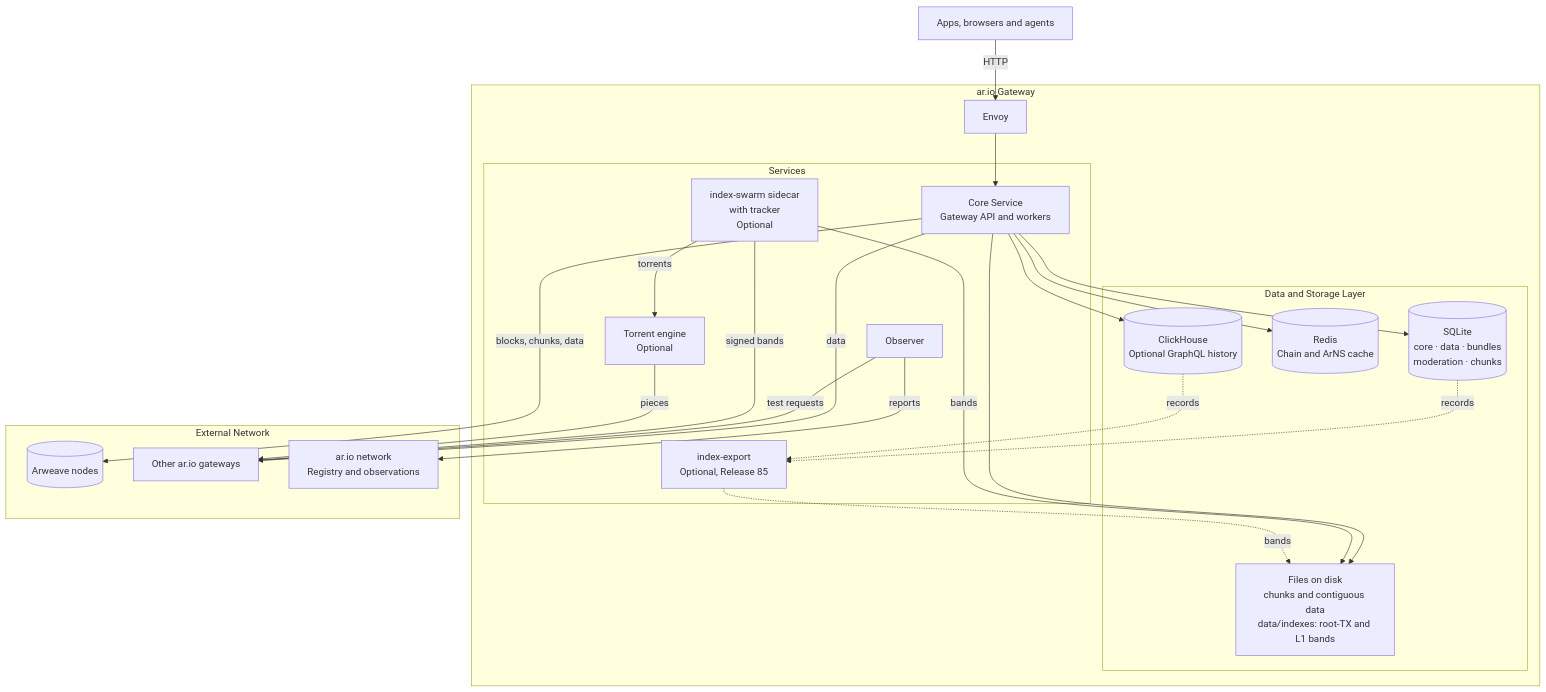
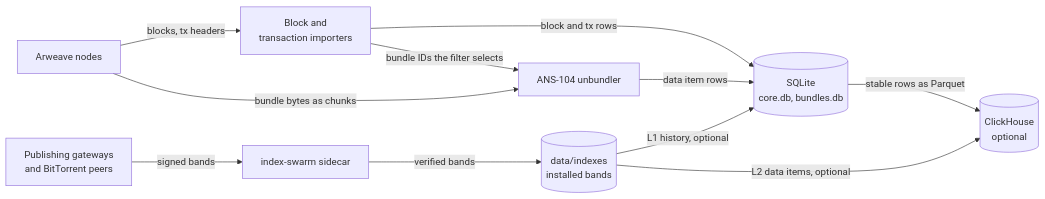
The second of 2 diagrams in content/learn/gateways/architecture.mdx (ar-io/docs), drawn with Mermaid before and after one commit. The commit also changed other lines of this file and 25 other files, not shown here.

````diff
--- a/content/learn/gateways/architecture.mdx
+++ b/content/learn/gateways/architecture.mdx
@@ -10,58 +44,30 @@
 ```mermaid
-graph TB
-    CLIENTS[Apps, browsers and agents]
+graph LR
+    accTitle: A gateway indexes the chain itself and can also install signed index bands from other gateways
+    accDescr: Importers read blocks and transaction headers from Arweave nodes into SQLite. Bundles that the unbundling filter selects are fetched as chunks and unbundled into data item rows. Stable rows can be exported as Parquet into an optional ClickHouse. Separately, the index-swarm sidecar installs signed bands from other gateways. When the operator turns it on, the gateway fills its L1 history in SQLite from them and, from Release 88, adds L2 data items to ClickHouse or SQLite.
+    AN[Arweave nodes]
+    IMP[Block and<br/>transaction importers]
+    UB[ANS-104 unbundler]
+    SQL[(SQLite<br/>core.db, bundles.db)]
+    CH[(ClickHouse<br/>optional)]
+    PUB[Publishing gateways<br/>and BitTorrent peers]
+    SIDE[index-swarm sidecar]
+    BANDS[(data/indexes<br/>installed bands)]
 
-    subgraph Gateway ["ar.io Gateway"]
-        ENVOY[Envoy]
+    AN -->|blocks, tx headers| IMP
+    IMP -->|block and tx rows| SQL
+    IMP -->|bundle IDs the filter selects| UB
+    AN -->|bundle bytes as chunks| UB
+    UB -->|data item rows| SQL
+    SQL -->|stable rows as Parquet| CH
+    PUB -->|signed bands| SIDE
+    SIDE -->|verified bands| BANDS
+    BANDS -->|L1 history, optional| SQL
+    BANDS -->|L2 data items, optional| CH
 
-        subgraph Services ["Services"]
-            API[Core Service<br/>Gateway API and workers]
-            OBS[Observer]
-            SIDE[index-swarm sidecar<br/>with tracker<br/>Optional]
-            ENG[Torrent engine<br/>Optional]
-            EXP[index-export<br/>Optional, Release 85]
-        end
-
-        subgraph Local ["Data and Storage Layer"]
-            SQL[(SQLite<br/>core · data · bundles<br/>moderation · chunks)]
-            REDIS[(Redis<br/>Chain and ArNS cache)]
-            CH[(ClickHouse<br/>Optional GraphQL history)]
-            FS[Files on disk<br/>chunks and contiguous data<br/>data/indexes: root-TX and L1 bands]
-        end
-    end
-
-    subgraph External ["External Network"]
-        ARWEAVE[(Arweave nodes)]
-        PEERS[Other ar.io gateways]
-        NETWORK[ar.io network<br/>Registry and observations]
-    end
-
-    CLIENTS -->|HTTP| ENVOY
-    ENVOY --> API
-
-    API --> SQL
-    API --> REDIS
-    API --> CH
-    API --> FS
-    SIDE -->|bands| FS
-    SIDE -->|torrents| ENG
-    SQL -.->|records| EXP
-    CH -.->|records| EXP
-    EXP -.->|bands| FS
-
-    API -->|blocks, chunks, data| ARWEAVE
-    API -->|data| PEERS
-    OBS -->|test requests| PEERS
-    OBS -->|reports| NETWORK
-    SIDE -->|signed bands| PEERS
-    ENG -->|pieces| PEERS
-
-
-    class SQL,REDIS,CH dg-soft
-    class API,OBS dg-strong
-    class SIDE,ENG,EXP dg-strong
-    class SIDE,ENG,EXP dg-dashed
-    class ENVOY dg-muted
-    class CLIENTS,PEERS,ARWEAVE,NETWORK dg-muted
-    class FS dg-soft
+    class IMP,UB dg-strong
+    class SQL,BANDS dg-soft
+    class SIDE dg-soft
+    class CH dg-dashed
+    class AN,PUB dg-muted
 ```
````
